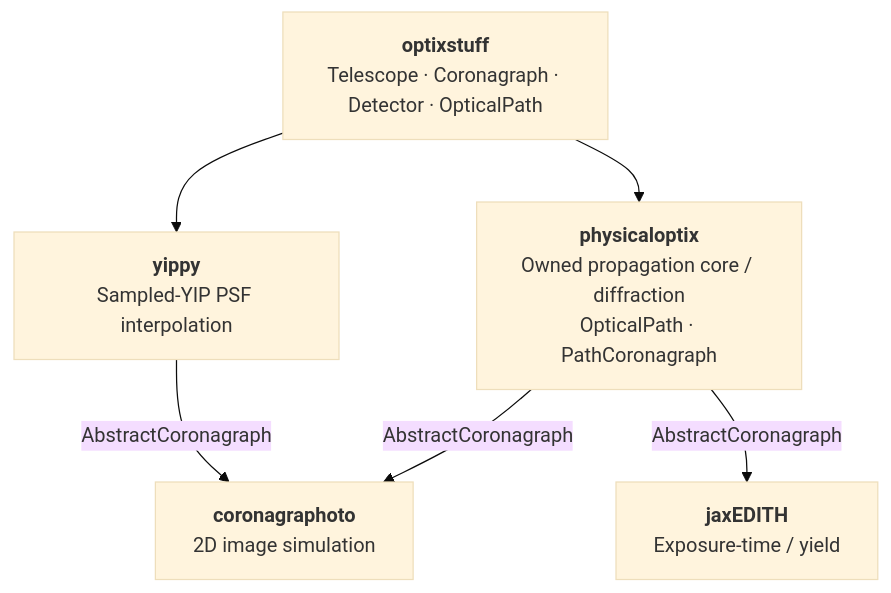
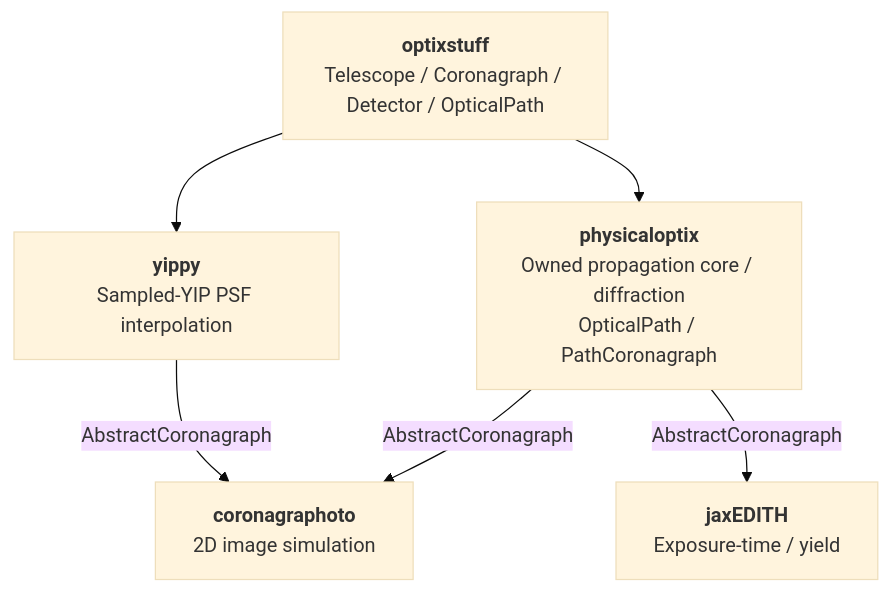
The diagram in README.md (CoreySpohn/physicaloptix), drawn with Mermaid (base theme) before and after one commit. The commit also changed other lines of this file and 6 other files, not shown here.

Commit message:
refactor!: take photometry from optixstuff and reject finite stars in PathCoronagraph.stellar_map

````diff
--- a/README.md
+++ b/README.md
@@ -94,14 +99,14 @@
 ```mermaid
 flowchart TB
-    optix["<b>optixstuff</b><br/>Telescope · Coronagraph · Detector · OpticalPath"]
-    physopt["<b>physicaloptix</b><br/>Owned propagation core / diffraction<br/>OpticalPath · PathCoronagraph"]
+    optix["<b>optixstuff</b><br/>Telescope / Coronagraph / Detector / OpticalPath"]
+    physopt["<b>physicaloptix</b><br/>Owned propagation core / diffraction<br/>OpticalPath / PathCoronagraph"]
     yippy["<b>yippy</b><br/>Sampled-YIP PSF interpolation"]
     corono["<b>coronagraphoto</b><br/>2D image simulation"]
     jaxedith["<b>jaxEDITH</b><br/>Exposure-time / yield"]
 
     optix --> physopt
     optix --> yippy
     physopt -- AbstractCoronagraph --> corono
     physopt -- AbstractCoronagraph --> jaxedith
     yippy -- AbstractCoronagraph --> corono
 ```
````
